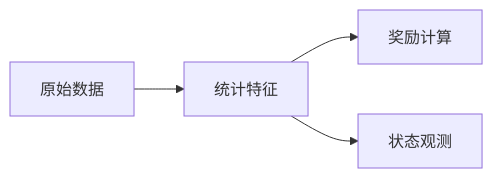
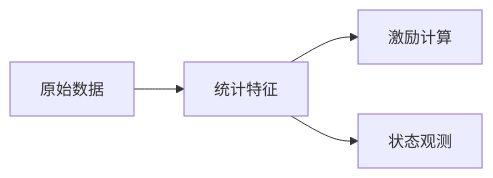
Before and after one commit to zengliangjun/HUMANOID: the second of 3 diagrams in README.md, drawn with Mermaid. The commit also changed other lines of this file, not shown here.

````diff
--- a/README.md
+++ b/README.md
@@ -105,6 +73,6 @@
    ```mermaid
    graph LR
      A[原始数据] --> B[统计特征]
-     B --> C[奖励计算]
+     B --> C[激励计算]
      B --> D[状态观测]
    ```
````
